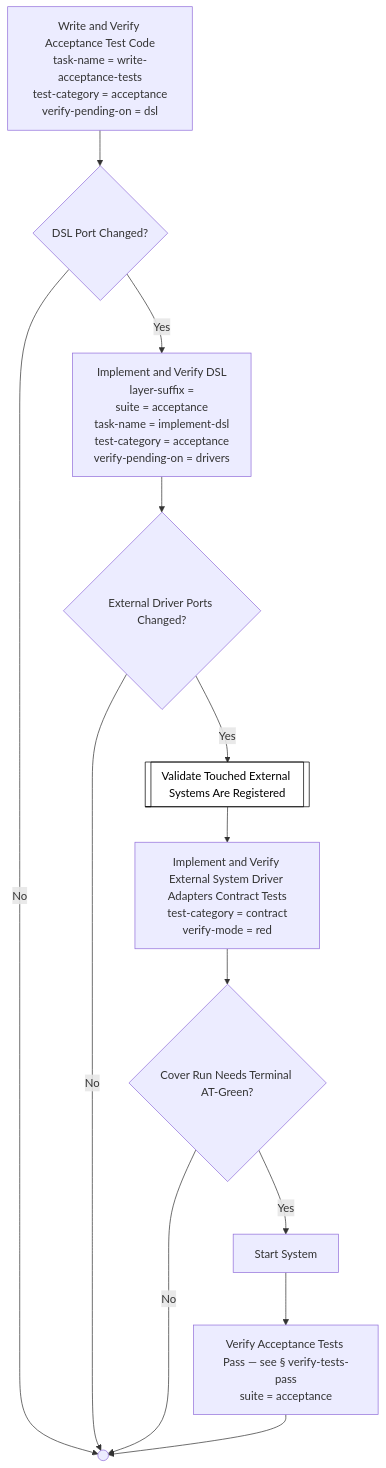
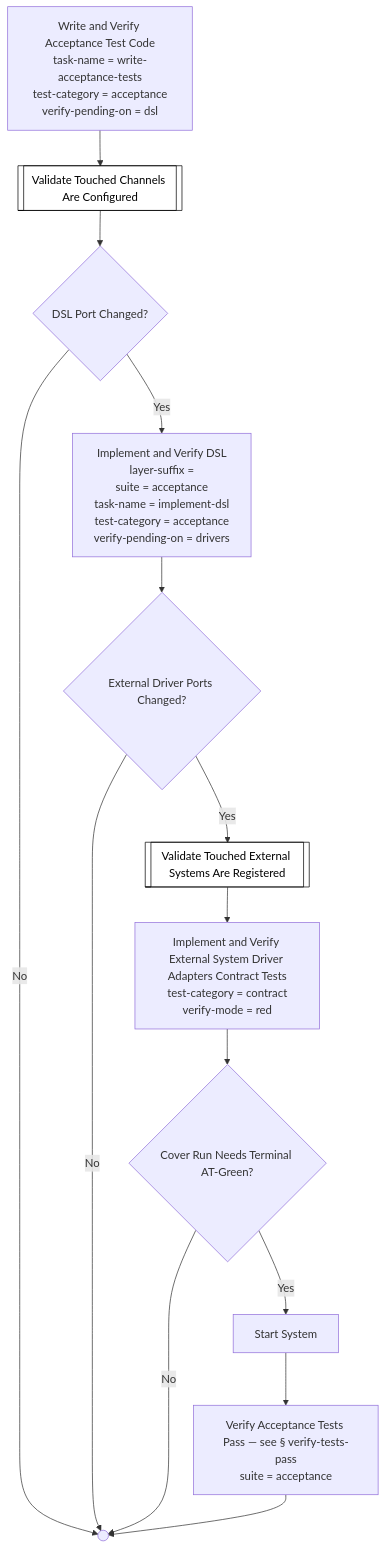
Diagram 15 of 52 in docs/process-diagram.md (optivem/gh-optivem), drawn with Mermaid before and after one commit. The commit also changed other lines of this file and 3 other files, not shown here.

Commit message:
atdd: regenerate process-flow diagram

````diff
--- a/docs/process-diagram.md
+++ b/docs/process-diagram.md
@@ -287,29 +287,31 @@
 ```mermaid
 flowchart TD
     WRITE_AND_VERIFY_ACCEPTANCE_TEST_CODE["Write and Verify Acceptance Test Code<br/>task-name = write-acceptance-tests<br/>test-category = acceptance<br/>verify-pending-on = dsl"]
+    VALIDATE_CHANNELS_REGISTERED[[Validate Touched Channels Are Configured]]
     GATE_DSL_PORT_CHANGED{DSL Port Changed?}
     IMPLEMENT_AND_VERIFY_DSL["Implement and Verify DSL<br/>layer-suffix = <br/>suite = acceptance<br/>task-name = implement-dsl<br/>test-category = acceptance<br/>verify-pending-on = drivers"]
     SHARED_CONTRACT_END(( ))
     GATE_EXTERNAL_DRIVER_PORTS_CHANGED{External Driver Ports Changed?}
     VALIDATE_EXTERNAL_SYSTEMS_REGISTERED[[Validate Touched External Systems Are Registered]]
     IMPLEMENT_AND_VERIFY_EXTERNAL_DRIVER_ADAPTERS["Implement and Verify External System Driver Adapters Contract Tests<br/>test-category = contract<br/>verify-mode = red"]
     GATE_AT_TERMINAL_GREEN{Cover Run Needs Terminal AT-Green?}
     START_SYSTEM_AT_TERMINAL[Start System]
     VERIFY_TESTS_PASS_ACCEPTANCE_TERMINAL["Verify Acceptance Tests Pass — see § verify-tests-pass<br/>suite = acceptance"]
 
-    WRITE_AND_VERIFY_ACCEPTANCE_TEST_CODE --> GATE_DSL_PORT_CHANGED
+    WRITE_AND_VERIFY_ACCEPTANCE_TEST_CODE --> VALIDATE_CHANNELS_REGISTERED
+    VALIDATE_CHANNELS_REGISTERED --> GATE_DSL_PORT_CHANGED
     GATE_DSL_PORT_CHANGED -- Yes --> IMPLEMENT_AND_VERIFY_DSL
     GATE_DSL_PORT_CHANGED -- No --> SHARED_CONTRACT_END
     IMPLEMENT_AND_VERIFY_DSL --> GATE_EXTERNAL_DRIVER_PORTS_CHANGED
     GATE_EXTERNAL_DRIVER_PORTS_CHANGED -- Yes --> VALIDATE_EXTERNAL_SYSTEMS_REGISTERED
     GATE_EXTERNAL_DRIVER_PORTS_CHANGED -- No --> SHARED_CONTRACT_END
     VALIDATE_EXTERNAL_SYSTEMS_REGISTERED --> IMPLEMENT_AND_VERIFY_EXTERNAL_DRIVER_ADAPTERS
     IMPLEMENT_AND_VERIFY_EXTERNAL_DRIVER_ADAPTERS --> GATE_AT_TERMINAL_GREEN
     GATE_AT_TERMINAL_GREEN -- Yes --> START_SYSTEM_AT_TERMINAL
     GATE_AT_TERMINAL_GREEN -- No --> SHARED_CONTRACT_END
     START_SYSTEM_AT_TERMINAL --> VERIFY_TESTS_PASS_ACCEPTANCE_TERMINAL
     VERIFY_TESTS_PASS_ACCEPTANCE_TERMINAL --> SHARED_CONTRACT_END
 
     classDef serviceNode fill:#ffffff,stroke:#000000,stroke-width:1px,color:#000000
-    class VALIDATE_EXTERNAL_SYSTEMS_REGISTERED serviceNode
+    class VALIDATE_CHANNELS_REGISTERED,VALIDATE_EXTERNAL_SYSTEMS_REGISTERED serviceNode
 ```
````
